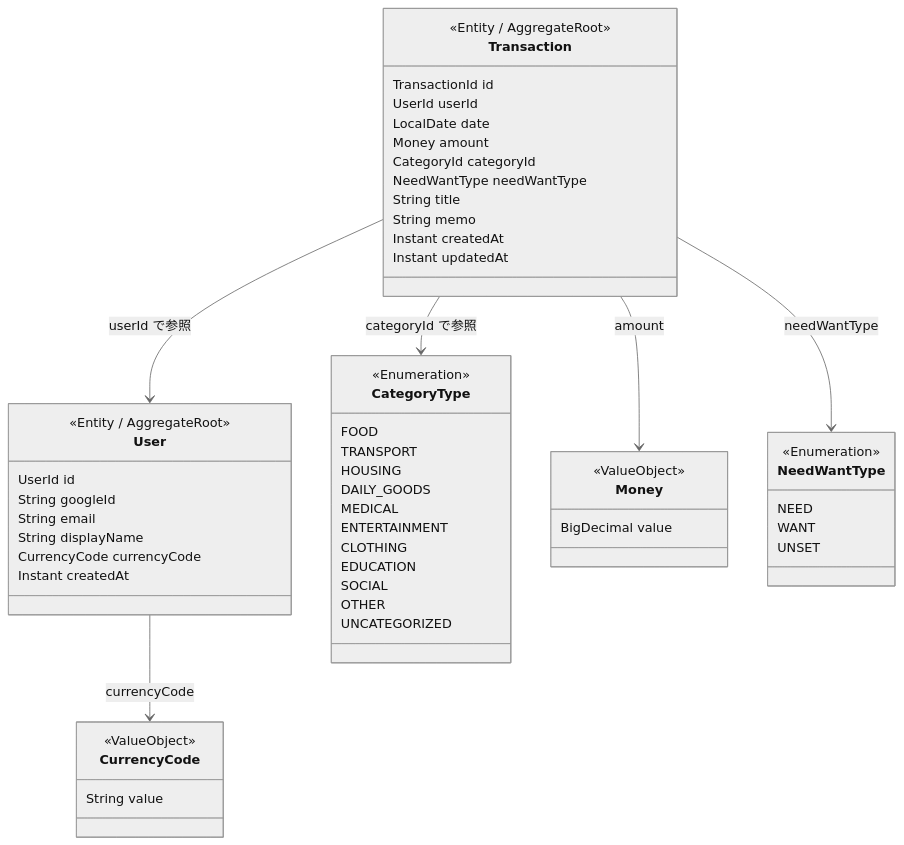
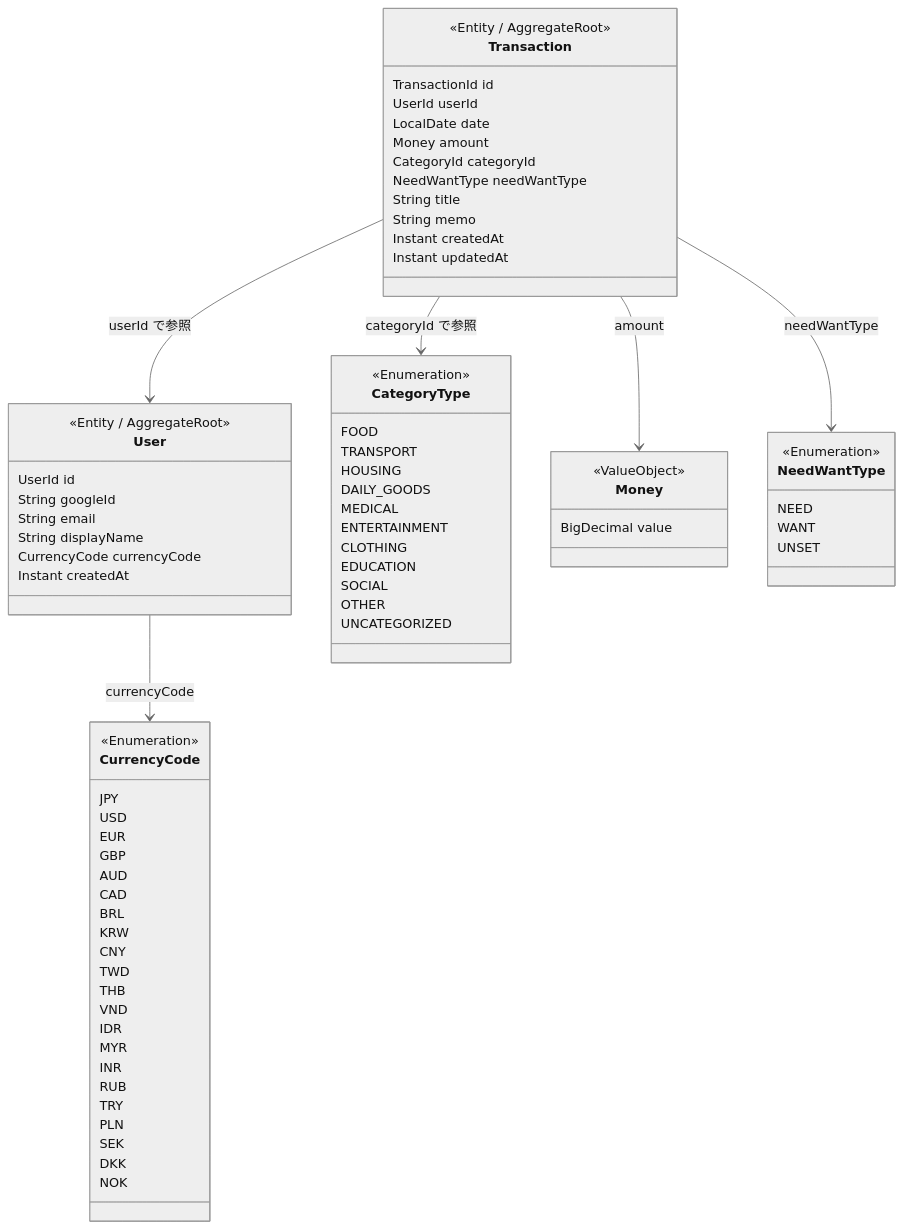
The diagram in docs/03-design/domain-model.md (youmorry/expense-tracker), drawn with Mermaid (neutral theme) before and after one commit. The commit also changed other lines of this file, not shown here.

```diff
--- a/docs/03-design/domain-model.md
+++ b/docs/03-design/domain-model.md
@@ -53,8 +53,28 @@
     }
 
     class CurrencyCode {
-        <<ValueObject>>
-        String value
+        <<Enumeration>>
+        JPY
+        USD
+        EUR
+        GBP
+        AUD
+        CAD
+        BRL
+        KRW
+        CNY
+        TWD
+        THB
+        VND
+        IDR
+        MYR
+        INR
+        RUB
+        TRY
+        PLN
+        SEK
+        DKK
+        NOK
     }
 
     class Money {
```
